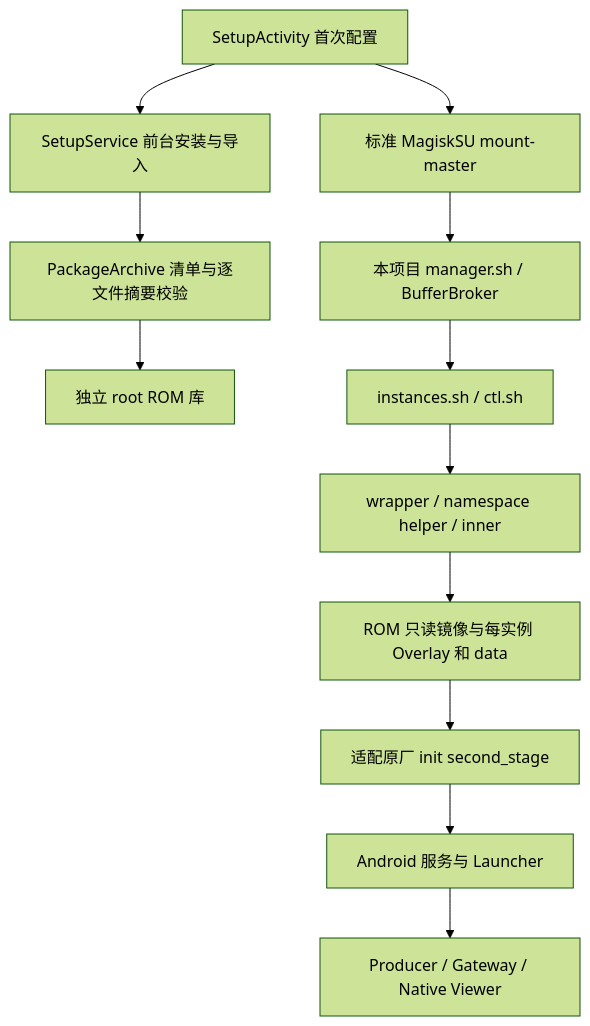
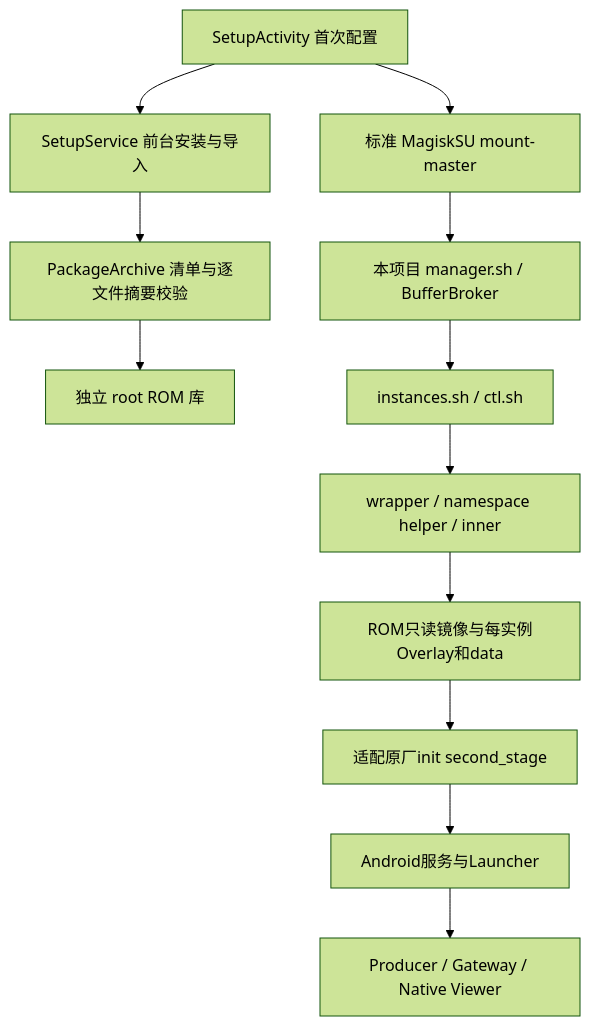
Before and after one commit to 582835293/IrisBox: the diagram in docs/02_技术架构.md, drawn with Mermaid (forest theme). The commit also changed other lines of this file and 243 other files, not shown here.

````diff
--- a/docs/02_技术架构.md
+++ b/docs/02_技术架构.md
@@ -9,14 +5,14 @@
 ```mermaid
 flowchart TD
   A[SetupActivity 首次配置] --> B[标准 MagiskSU mount-master]
   A --> C[SetupService 前台安装与导入]
   C --> D[PackageArchive 清单与逐文件摘要校验]
   D --> E[独立 root ROM 库]
   B --> F[本项目 manager.sh / BufferBroker]
   F --> G[instances.sh / ctl.sh]
   G --> H[wrapper / namespace helper / inner]
-  H --> I[ROM 只读镜像与每实例 Overlay 和 data]
-  I --> J[适配原厂 init second_stage]
-  J --> K[Android 服务与 Launcher]
+  H --> I[ROM只读镜像与每实例Overlay和data]
+  I --> J[适配原厂init second_stage]
+  J --> K[Android服务与Launcher]
   K --> L[Producer / Gateway / Native Viewer]
 ```
````
